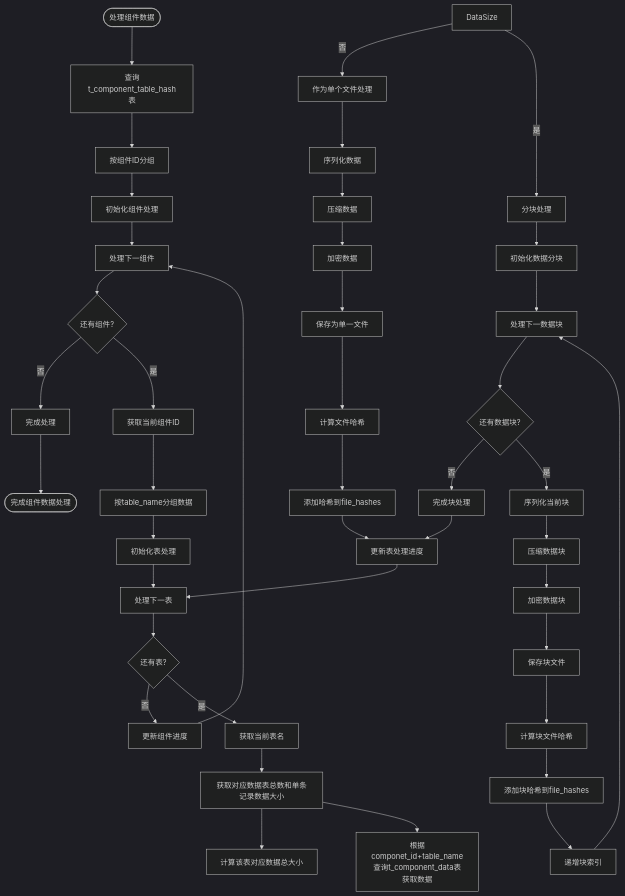
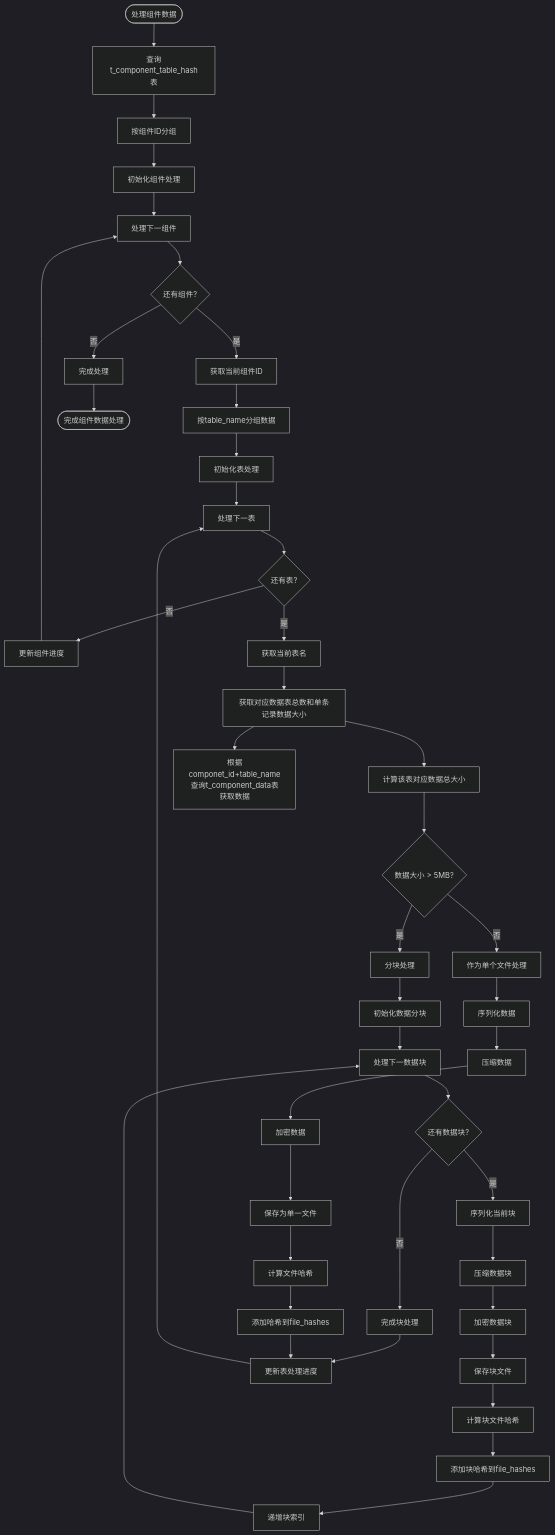
Before and after one commit to yingjianzh/iodraw-files: the diagram in all/未命名-56.md, drawn with Mermaid (dark theme).

Commit message:
2025-05-12 14:29:37 update

````diff
--- a/all/未命名-56.md
+++ b/all/未命名-56.md
@@ -1,59 +1,61 @@
 ```mermaid
 
 flowchart TD
     Start([处理组件数据]) --> QueryDB[查询t_component_table_hash表]
     QueryDB --> GroupByComp[按组件ID分组]
     GroupByComp --> InitCompProcess[初始化组件处理]
     
     InitCompProcess --> ProcessNextComp[处理下一组件]
     ProcessNextComp --> MoreComps{还有组件?}
     MoreComps -->|否| CompleteProcess[完成处理]
     MoreComps -->|是| GetCompID[获取当前组件ID]
     
     GetCompID --> GroupByTable[按table_name分组数据]
     GroupByTable --> InitTableProcess[初始化表处理]
     
     InitTableProcess --> ProcessNextTable[处理下一表]
     ProcessNextTable --> MoreTables{还有表?}
     MoreTables -->|否| UpdateCompProgress[更新组件进度]
     MoreTables -->|是| GetTableName[获取当前表名]
     
     UpdateCompProgress --> ProcessNextComp
     
     GetTableName --> CheckDataSize[获取对应数据表总数和单条记录数据大小]
     CheckDataSize --> TotalSize[计算该表对应数据总大小]
+    
+    TotalSize --> DataSize{数据大小 > 5MB?}
     CheckDataSize --> QueryTableData[根据componet_id+table_name查询t_component_data表获取数据]
    
     
     DataSize -->|否| ProcessSingleFile[作为单个文件处理]
     DataSize -->|是| ProcessMultipleChunks[分块处理]
     
     ProcessSingleFile --> SerializeData[序列化数据]
     SerializeData --> CompressData[压缩数据]
     CompressData --> EncryptData[加密数据]
     EncryptData --> SaveSingleFile[保存为单一文件]
     SaveSingleFile --> CalcFileHash[计算文件哈希]
     CalcFileHash --> AddToFileHashes[添加哈希到file_hashes]
 
     ProcessMultipleChunks --> InitChunks[初始化数据分块]
     InitChunks --> ProcessNextChunk[处理下一数据块]
     
     ProcessNextChunk --> MoreChunks{还有数据块?}
     MoreChunks -->|否| CompleteChunks[完成块处理]
     MoreChunks -->|是| SerializeChunk[序列化当前块]
     
     SerializeChunk --> CompressChunk[压缩数据块]
     CompressChunk --> EncryptChunk[加密数据块]
     EncryptChunk --> SaveChunkFile[保存块文件]
     SaveChunkFile --> CalcChunkHash[计算块文件哈希]
     CalcChunkHash --> AddChunkHash[添加块哈希到file_hashes]
     AddChunkHash --> IncrementChunkIndex[递增块索引]
     IncrementChunkIndex --> ProcessNextChunk
     
     CompleteChunks --> UpdateTableProgress[更新表处理进度]
     AddToFileHashes --> UpdateTableProgress
     UpdateTableProgress --> ProcessNextTable
     
     CompleteProcess --> End([完成组件数据处理])
 
 ```
````
